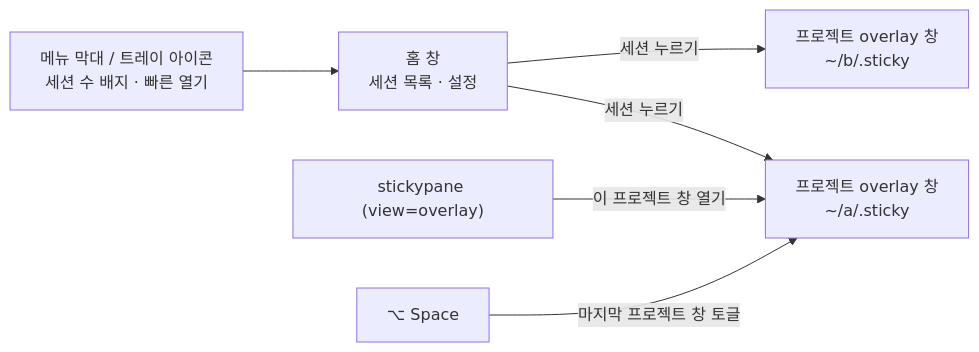
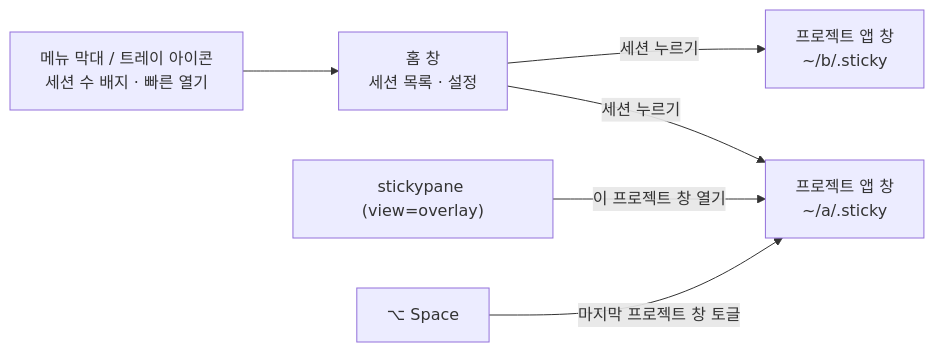
The first of 3 diagrams in docs/desktop/08-app-home-and-sessions.md (LeeSwallow/stickypane), drawn with Mermaid before and after one commit. The commit also changed other lines of this file and 36 other files, not shown here.

````diff
--- a/docs/desktop/08-app-home-and-sessions.md
+++ b/docs/desktop/08-app-home-and-sessions.md
@@ -11,11 +11,11 @@
 ```mermaid
 flowchart LR
   tray["메뉴 막대 / 트레이 아이콘<br/>세션 수 배지 · 빠른 열기"]
   home["홈 창<br/>세션 목록 · 설정"]
-  ov1["프로젝트 overlay 창<br/>~/a/.sticky"]
-  ov2["프로젝트 overlay 창<br/>~/b/.sticky"]
+  ov1["프로젝트 앱 창<br/>~/a/.sticky"]
+  ov2["프로젝트 앱 창<br/>~/b/.sticky"]
   tray --> home
   home -->|"세션 누르기"| ov1 & ov2
   cli["stickypane (view=overlay)"] -->|"이 프로젝트 창 열기"| ov1
   key["⌥ Space"] -->|"마지막 프로젝트 창 토글"| ov1
 ```
````
